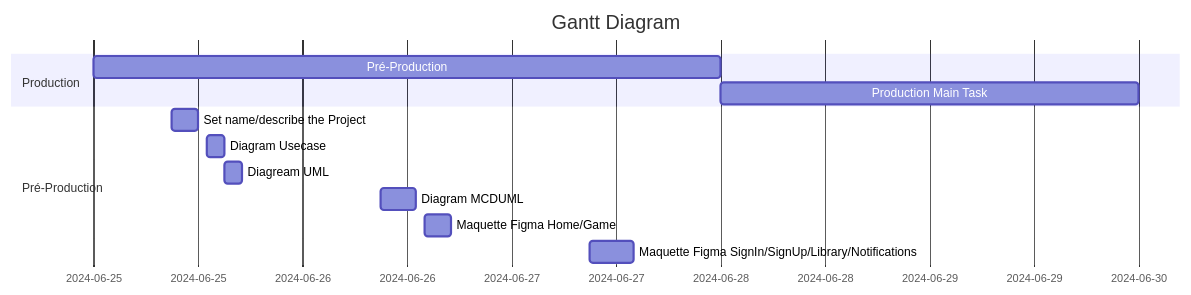
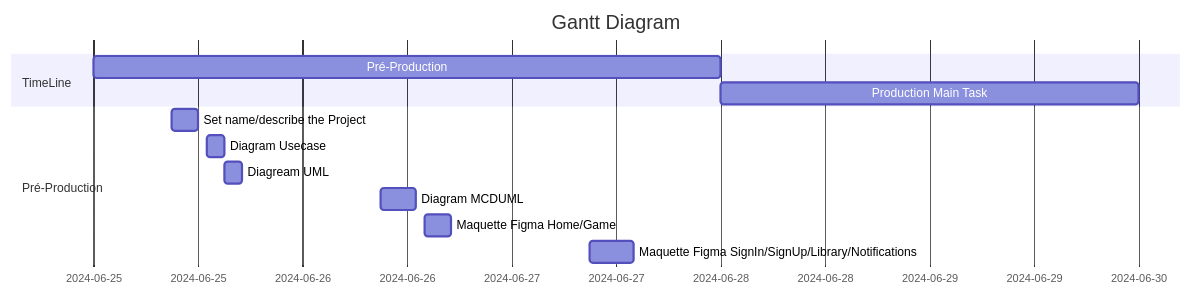
Before and after one commit to JameS-Gmz/api-Rest: the first of 3 diagrams in README.md, drawn with Mermaid.

````diff
--- a/README.md
+++ b/README.md
@@ -48,15 +48,15 @@
 ```mermaid
 gantt
     title Gantt Diagram
     dateFormat YYYY-MM-DD
-    section Production
+    section TimeLine
         Pré-Production   :a1, 2024-06-25, 3d
         Production Main Task : 2024-06-28, 2d
     section Pré-Production
         Set name/describe the Project :2024-06-25 9:00, 3h
         Diagram Usecase  : 2024-06-25 13:00, 2h
         Diagream UML : 2024-06-25 15:00, 2h
         Diagram MCDUML : 2024-06-26 9:00, 4h
         Maquette Figma Home/Game : 2024-06-26 14:00, 3h
         Maquette Figma SignIn/SignUp/Library/Notifications : 2024-06-27 9:00, 5h
 ```
````
